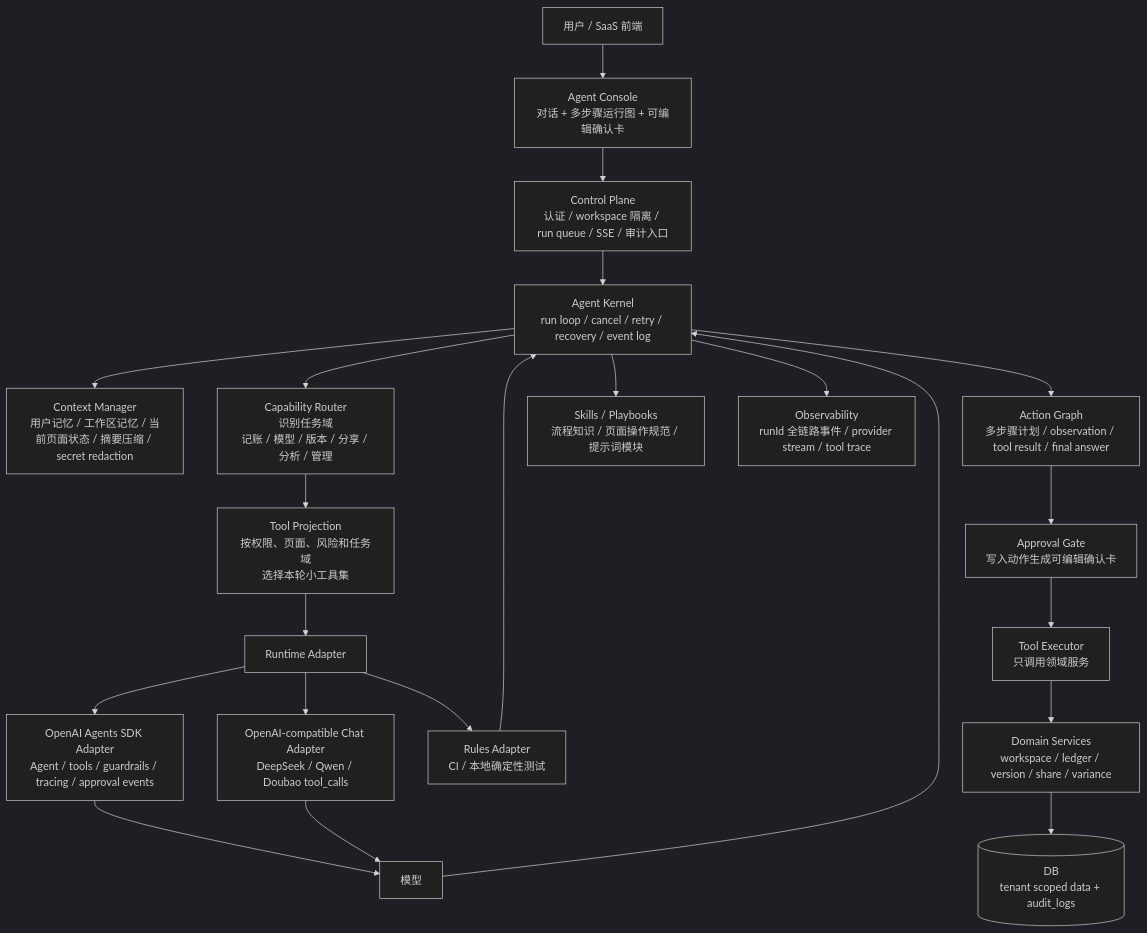
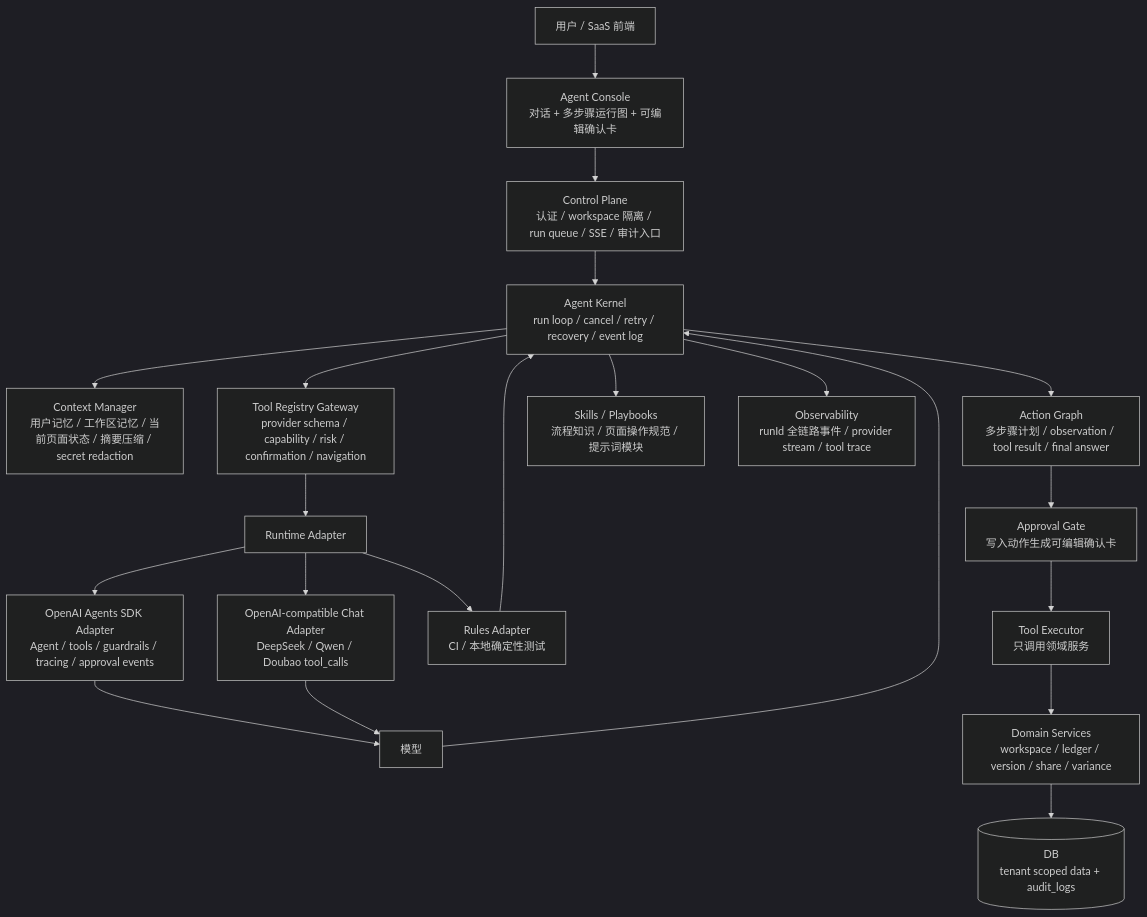
One commit to Suysker/xox-model changed the first of 5 diagrams in docs/adr/0002-harness-agent-architecture.md. Above: the diagram before and after it, drawn with Mermaid (dark theme). The commit also changed other lines of this file and 7 other files, not shown here.

Commit message:
feat: add agent tool registry metadata

````diff
--- a/docs/adr/0002-harness-agent-architecture.md
+++ b/docs/adr/0002-harness-agent-architecture.md
@@ -43,31 +42,30 @@
 ```mermaid
 flowchart TB
   U[用户 / SaaS 前端] --> C[Agent Console<br/>对话 + 多步骤运行图 + 可编辑确认卡]
 
   C --> G[Control Plane<br/>认证 / workspace 隔离 / run queue / SSE / 审计入口]
   G --> K[Agent Kernel<br/>run loop / cancel / retry / recovery / event log]
 
   K --> CX[Context Manager<br/>用户记忆 / 工作区记忆 / 当前页面状态 / 摘要压缩 / secret redaction]
-  K --> CR[Capability Router<br/>识别任务域<br/>记账 / 模型 / 版本 / 分享 / 分析 / 管理]
-  CR --> TP[Tool Projection<br/>按权限、页面、风险和任务域<br/>选择本轮小工具集]
+  K --> TR[Tool Registry Gateway<br/>provider schema / capability / risk / confirmation / navigation]
 
-  TP --> R[Runtime Adapter]
+  TR --> R[Runtime Adapter]
   R --> OA[OpenAI Agents SDK Adapter<br/>Agent / tools / guardrails / tracing / approval events]
   R --> OC[OpenAI-compatible Chat Adapter<br/>DeepSeek / Qwen / Doubao tool_calls]
   R --> RA[Rules Adapter<br/>CI / 本地确定性测试]
 
   OA --> M[模型]
   OC --> M
   RA --> K
 
   M --> K
   K --> AG[Action Graph<br/>多步骤计划 / observation / tool result / final answer]
   AG --> AP[Approval Gate<br/>写入动作生成可编辑确认卡]
   AP --> EX[Tool Executor<br/>只调用领域服务]
 
   EX --> DS[Domain Services<br/>workspace / ledger / version / share / variance]
   DS --> DB[(DB<br/>tenant scoped data + audit_logs)]
 
   K --> SK[Skills / Playbooks<br/>流程知识 / 页面操作规范 / 提示词模块]
   K --> OBS[Observability<br/>runId 全链路事件 / provider stream / tool trace]
 ```
````
